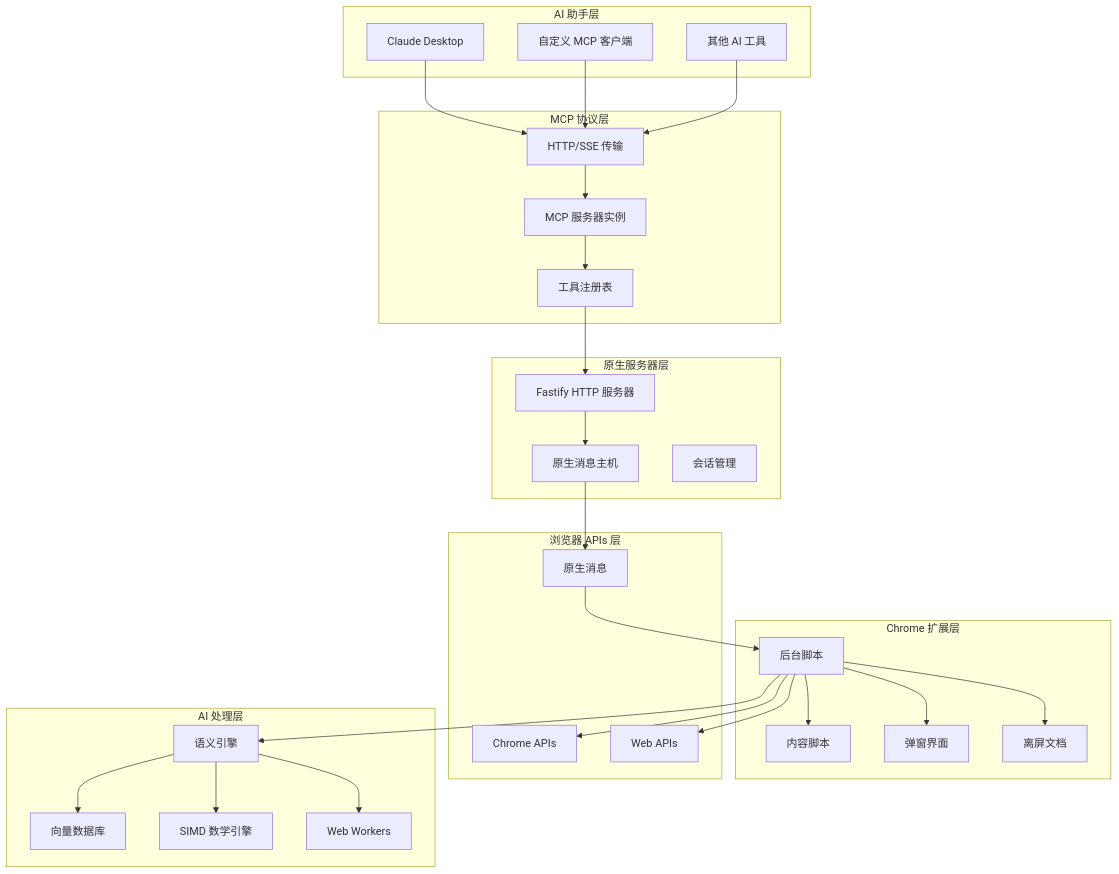
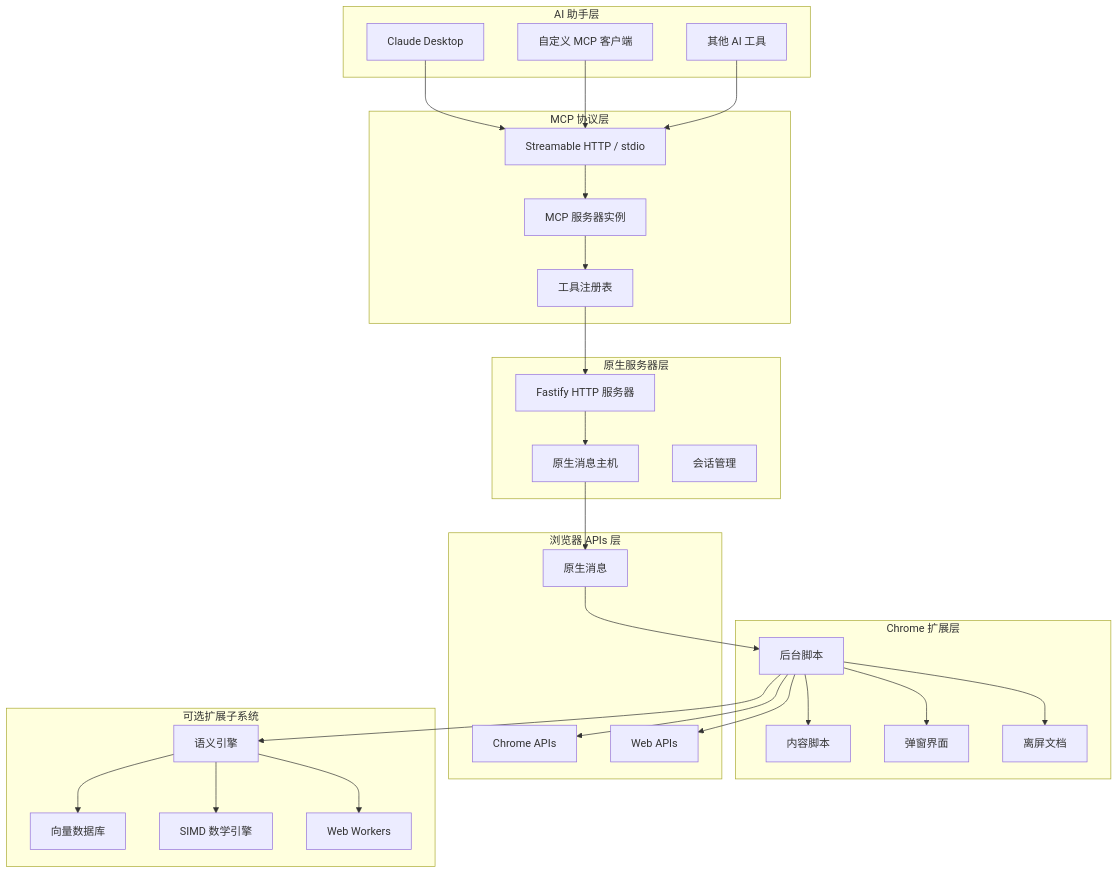
The diagram in docs/ARCHITECTURE_zh.md (dweee/tabrix), drawn with Mermaid before and after one commit. The commit also changed other lines of this file and 16 other files, not shown here.

````diff
--- a/docs/ARCHITECTURE_zh.md
+++ b/docs/ARCHITECTURE_zh.md
@@ -26,59 +31,59 @@
 ```mermaid
 graph TB
     subgraph "AI 助手层"
         A[Claude Desktop]
         B[自定义 MCP 客户端]
         C[其他 AI 工具]
     end
 
     subgraph "MCP 协议层"
-        D[HTTP/SSE 传输]
+        D[Streamable HTTP / stdio]
         E[MCP 服务器实例]
         F[工具注册表]
     end
 
     subgraph "原生服务器层"
         G[Fastify HTTP 服务器]
         H[原生消息主机]
         I[会话管理]
     end
 
     subgraph "Chrome 扩展层"
         J[后台脚本]
         K[内容脚本]
         L[弹窗界面]
         M[离屏文档]
     end
 
     subgraph "浏览器 APIs 层"
         N[Chrome APIs]
         O[Web APIs]
         P[原生消息]
     end
 
-    subgraph "AI 处理层"
+    subgraph "可选扩展子系统"
         Q[语义引擎]
         R[向量数据库]
         S[SIMD 数学引擎]
         T[Web Workers]
     end
 
     A --> D
     B --> D
     C --> D
     D --> E
     E --> F
     F --> G
     G --> H
     H --> P
     P --> J
     J --> K
     J --> L
     J --> M
     J --> N
     J --> O
     J --> Q
     Q --> R
     Q --> S
     Q --> T
 ```
````
